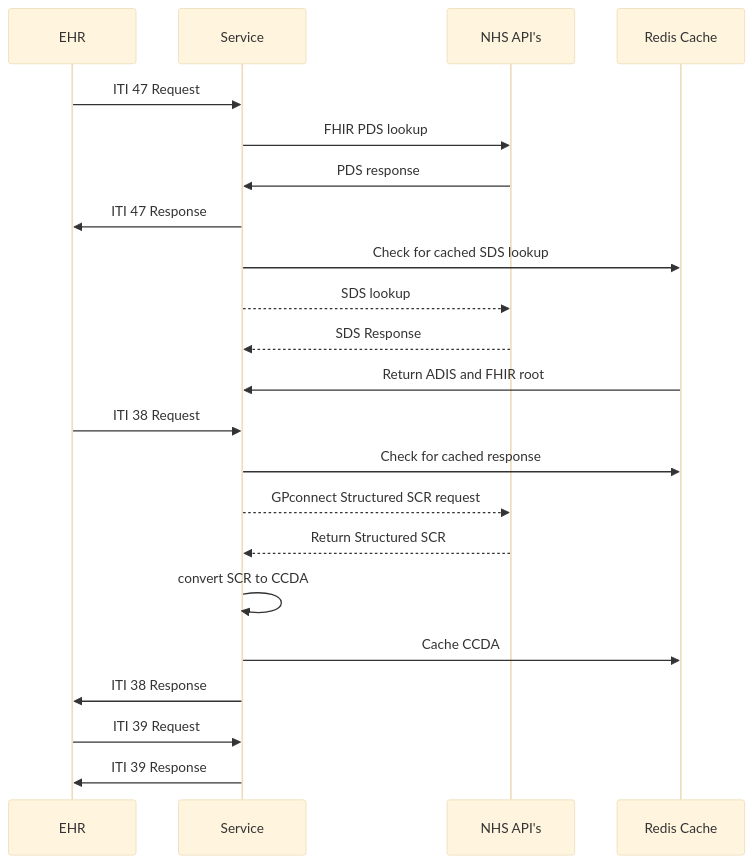
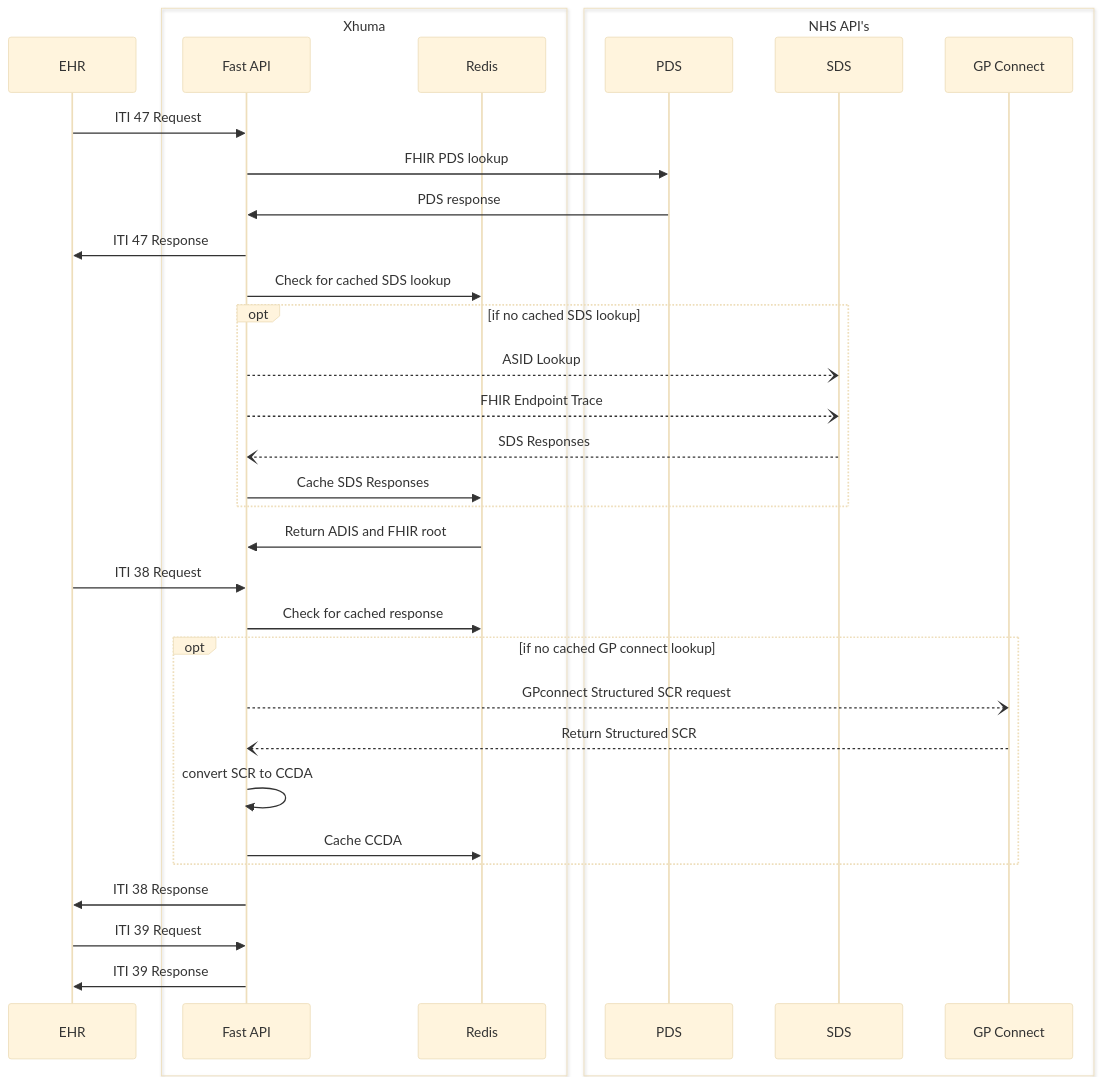
Before and after one commit to UCLH-Digital-Innovation-Hub/Xhuma: the diagram in README.md, drawn with Mermaid (base theme).

Commit message:
improving readme diagram

````diff
--- a/README.md
+++ b/README.md
@@ -28,25 +28,38 @@
 ```mermaid
 sequenceDiagram
     participant EHR
-    participant Service
-    participant NHS API's
-    participant Redis Cache
-    
-    EHR->>Service: ITI 47 Request
-    Service->>NHS API's: FHIR PDS lookup
-    NHS API's->>Service: PDS response
-    Service->>EHR: ITI 47 Response
-    Service->>Redis Cache: Check for cached SDS lookup
-    Service-->>NHS API's: SDS lookup
-    NHS API's-->>Service: SDS Response
-    Redis Cache->>Service: Return ADIS and FHIR root
-    EHR->>Service: ITI 38 Request
-    Service->>Redis Cache: Check for cached response
-    Service-->>NHS API's: GPconnect Structured SCR request
-    NHS API's-->>Service: Return Structured SCR
-    Service->>Service: convert SCR to CCDA
-    Service->>Redis Cache: Cache CCDA
-    Service->>EHR: ITI 38 Response
-    EHR->>Service: ITI 39 Request
-    Service->>EHR: ITI 39 Response
+    box Xhuma
+    participant Fast API
+    participant Redis
+    end
+    box NHS API's
+    participant PDS
+    participant SDS
+    participant GP Connect
+    end
+
+
+    EHR->>Fast API: ITI 47 Request
+    Fast API->>PDS: FHIR PDS lookup
+    PDS->>Fast API: PDS response
+    Fast API->>EHR: ITI 47 Response
+    Fast API->>Redis: Check for cached SDS lookup
+    opt if no cached SDS lookup
+    Fast API--)SDS: ASID Lookup
+    Fast API--)SDS: FHIR Endpoint Trace
+    SDS--)Fast API: SDS Responses
+    Fast API->>Redis: Cache SDS Responses
+    end
+    Redis->>Fast API: Return ADIS and FHIR root
+    EHR->>Fast API: ITI 38 Request
+    Fast API->>Redis: Check for cached response
+    opt if no cached GP connect lookup
+    Fast API--)GP Connect: GPconnect Structured SCR request
+    GP Connect--)Fast API: Return Structured SCR
+    Fast API->>Fast API: convert SCR to CCDA
+    Fast API->>Redis: Cache CCDA
+    end
+    Fast API->>EHR: ITI 38 Response
+    EHR->>Fast API: ITI 39 Request
+    Fast API->>EHR: ITI 39 Response
 ```
````
